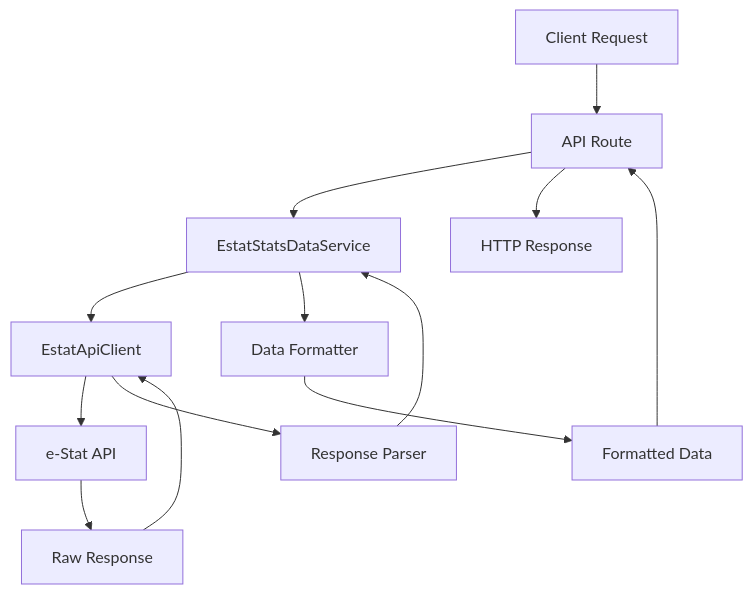
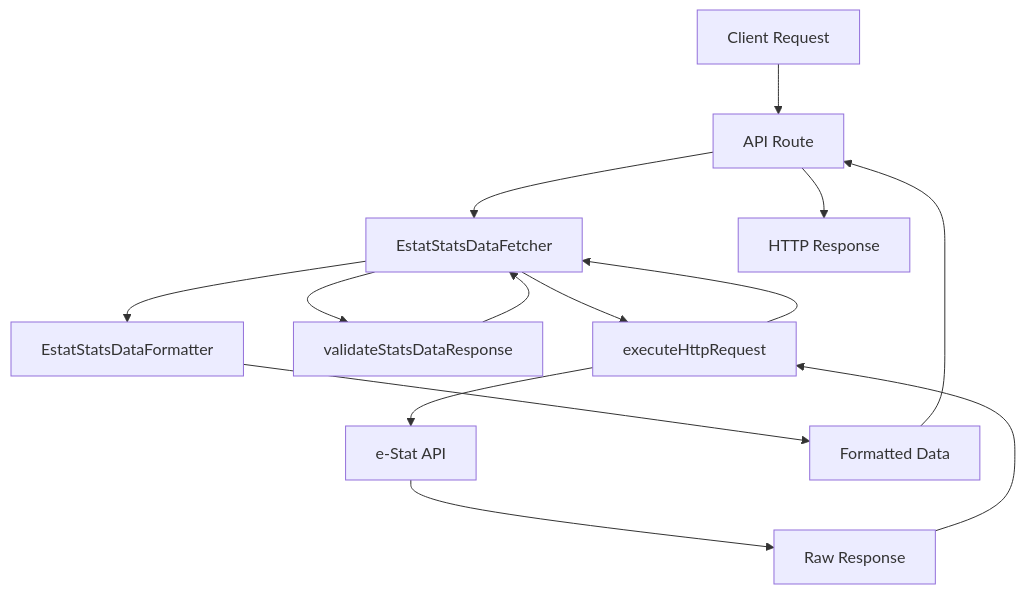
The first of 2 diagrams in docs/04_開発ガイド/01_ドメイン/estat-api/architecture.md (uruhayato373/stats47), drawn with Mermaid before and after one commit. The commit also changed other lines of this file and 10 other files, not shown here.

````diff
--- a/docs/04_開発ガイド/01_ドメイン/estat-api/architecture.md
+++ b/docs/04_開発ガイド/01_ドメイン/estat-api/architecture.md
@@ -100,15 +101,16 @@
 ```mermaid
 graph TD
     A[Client Request] --> B[API Route]
-    B --> C[EstatStatsDataService]
-    C --> D[EstatApiClient]
+    B --> C[EstatStatsDataFetcher]
+    C --> D[executeHttpRequest]
     D --> E[e-Stat API]
     E --> F[Raw Response]
     F --> D
-    D --> G[Response Parser]
+    D --> C
+    C --> G[validateStatsDataResponse]
     G --> C
-    C --> H[Data Formatter]
+    C --> H[EstatStatsDataFormatter]
     H --> I[Formatted Data]
     I --> B
     B --> J[HTTP Response]
 ```
````
